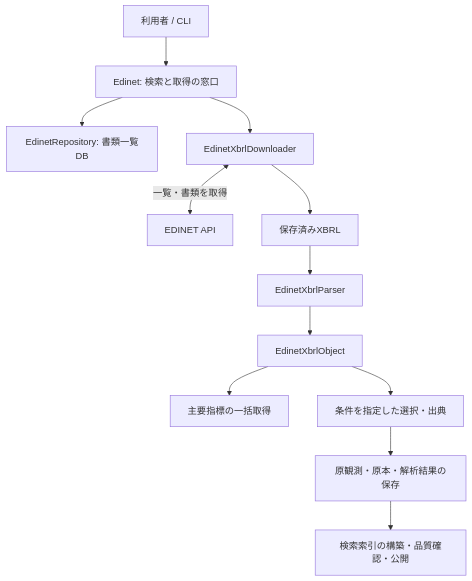
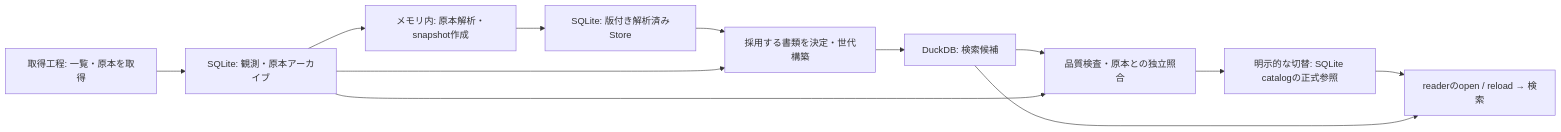
Before and after one commit to oharato/edinet-ts: the third of 5 diagrams in docs/SPECIFICATIONS.md, drawn with Mermaid. The commit also changed other lines of this file and 8 other files, not shown here.

Commit message:
Explain data flow, API responsibilities, requirements and financial table relationships

````diff
--- a/docs/SPECIFICATIONS.md
+++ b/docs/SPECIFICATIONS.md
@@ -9,14 +42,14 @@
 ```mermaid
-flowchart TD
-    Client["利用者 / CLI"] --> Facade["Edinet: 検索と取得の窓口"]
-    Facade --> Repo["EdinetRepository: 書類一覧DB"]
-    Facade --> Downloader[EdinetXbrlDownloader]
-    Downloader <-->|一覧・書類を取得| API[EDINET API]
-    Downloader --> Files[保存済みXBRL]
-    Files --> Parser[EdinetXbrlParser]
-    Parser --> Object[EdinetXbrlObject]
-    Object --> Legacy["主要指標の一括取得"]
-    Object --> Strict["条件を指定した選択・出典"]
-    Strict --> Archive["原観測・原本・解析結果の保存"]
-    Archive --> Index["検索索引の構築・品質確認・公開"]
+flowchart LR
+    Acquire["取得工程: 一覧・原本を取得"] --> Archive["SQLite: 観測・原本アーカイブ"]
+    Archive --> Extract["メモリ内: 原本解析・snapshot作成"]
+    Extract --> Store["SQLite: 版付き解析済みStore"]
+    Store --> Build["採用する書類を決定・世代構築"]
+    Archive --> Build
+    Build --> Duck["DuckDB: 検索候補"]
+    Duck --> Gate["品質検査・原本との独立照合"]
+    Archive --> Gate
+    Gate --> Activate["明示的な切替: SQLite catalogの正式参照"]
+    Activate --> Reader["readerのopen / reload → 検索"]
+    Duck --> Reader
 ```
````
